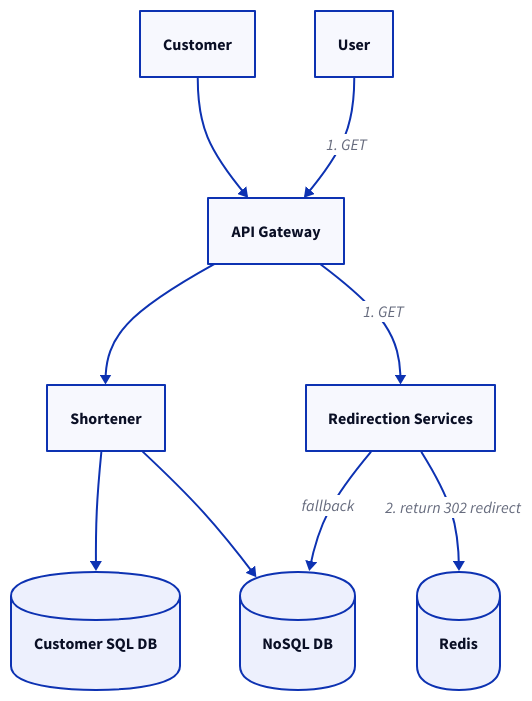
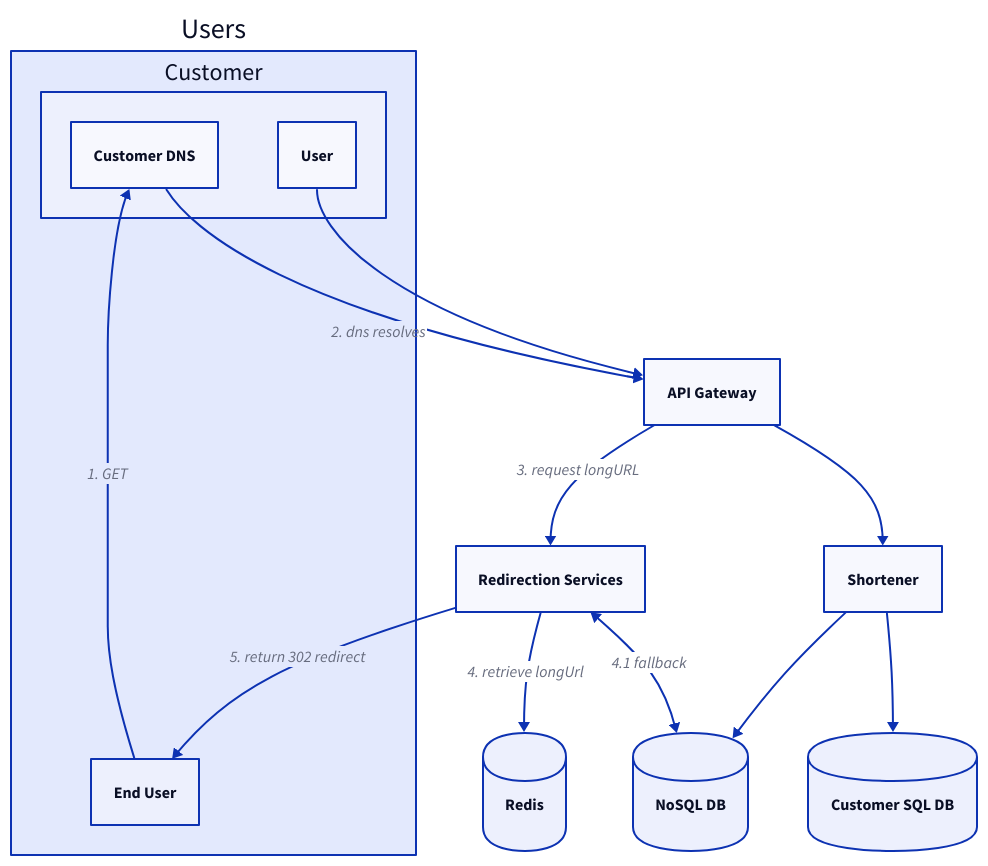
One commit to andrew-codes/interview-prep changed the second of 2 diagrams in content/Systems Design/Interview Prep/Practice Problems/URL Shortener Solution.md. Above: the diagram before and after it, drawn with D2. The commit also changed other lines of this file, not shown here.

Commit message:
solution updates

````diff
--- a/content/Systems Design/Interview Prep/Practice Problems/URL Shortener Solution.md
+++ b/content/Systems Design/Interview Prep/Practice Problems/URL Shortener Solution.md
@@ -174,25 +172,31 @@
 ```d2
-Customer
+Users {
+	Customer.Customer DNS
+	Customer.User
+	End User
+}
 API Gateway
-Shortener
+Redis {
+	shape: cylinder
+}
 NoSQL DB {
 	shape: cylinder
 }
 Customer SQL DB {
 	shape: cylinder
 }
+Redirection Services
 
-Customer -> API Gateway -> Shortener
+# Shortening
+Users.Customer.User -> API Gateway -> Shortener
 Shortener -> Customer SQL DB
 Shortener -> NoSQL DB
 
-User
-Redis {
-	shape: cylinder
-}
-Redirection Services
-
-User -> API Gateway -> Redirection Services: 1. GET
-Redirection Services -> Redis: 2. return 302 redirect
-Redirection Services -> NoSQL DB: fallback
+# Redirection
+Users.End User -> Users.Customer.Customer DNS: 1. GET
+Users.Customer.Customer DNS -> API Gateway: 2. dns resolves
+API Gateway -> Redirection Services: 3. request longURL
+Redirection Services -> Redis: 4. retrieve longUrl
+Redirection Services <-> NoSQL DB: 4.1 fallback
+Redirection Services -> Users.End User: 5. return 302 redirect
 ```
````
